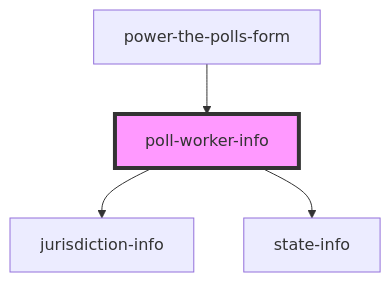
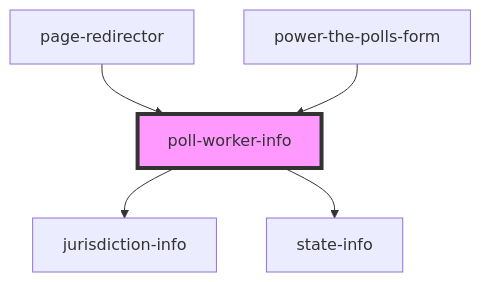
Before and after one commit to pizza-to-the-polls/power-the-polls: the diagram in site/src/components/poll-worker-info/readme.md, drawn with Mermaid. The commit also changed other lines of this file and 8 other files, not shown here.

````diff
--- a/site/src/components/poll-worker-info/readme.md
+++ b/site/src/components/poll-worker-info/readme.md
@@ -29,7 +30,8 @@
 ```mermaid
 graph TD;
   poll-worker-info --> jurisdiction-info
   poll-worker-info --> state-info
+  page-redirector --> poll-worker-info
   power-the-polls-form --> poll-worker-info
   style poll-worker-info fill:#f9f,stroke:#333,stroke-width:4px
 ```
````
